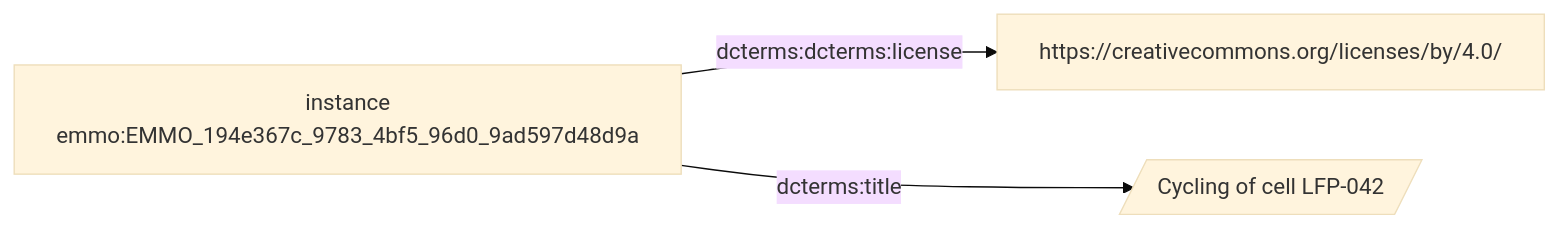
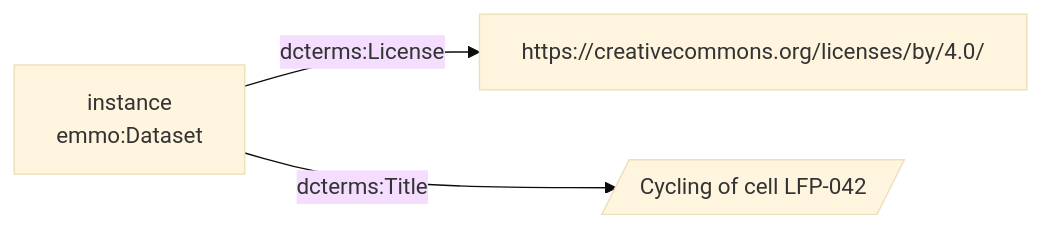
One commit to OO-LD/oold-reference-schemas changed the diagram in generated/datasets/Dataset.emmo.mmd. Above: the diagram before and after it, drawn with Mermaid (base theme). The commit also changed 15 other files, not shown here.

```diff
--- a/generated/datasets/Dataset.emmo.mmd
+++ b/generated/datasets/Dataset.emmo.mmd
@@ -1,6 +1,6 @@
 flowchart LR
-  n0["instance<br>emmo:EMMO_194e367c_9783_4bf5_96d0_9ad597d48d9a"]
+  n0["instance<br>emmo:Dataset"]
   n1["https://creativecommons.org/licenses/by/4.0/"]
   n2[/"Cycling of cell LFP-042"/]
-  n0 -->|dcterms:dcterms:license| n1
-  n0 -->|dcterms:title| n2
+  n0 -->|dcterms:License| n1
+  n0 -->|dcterms:Title| n2
```
